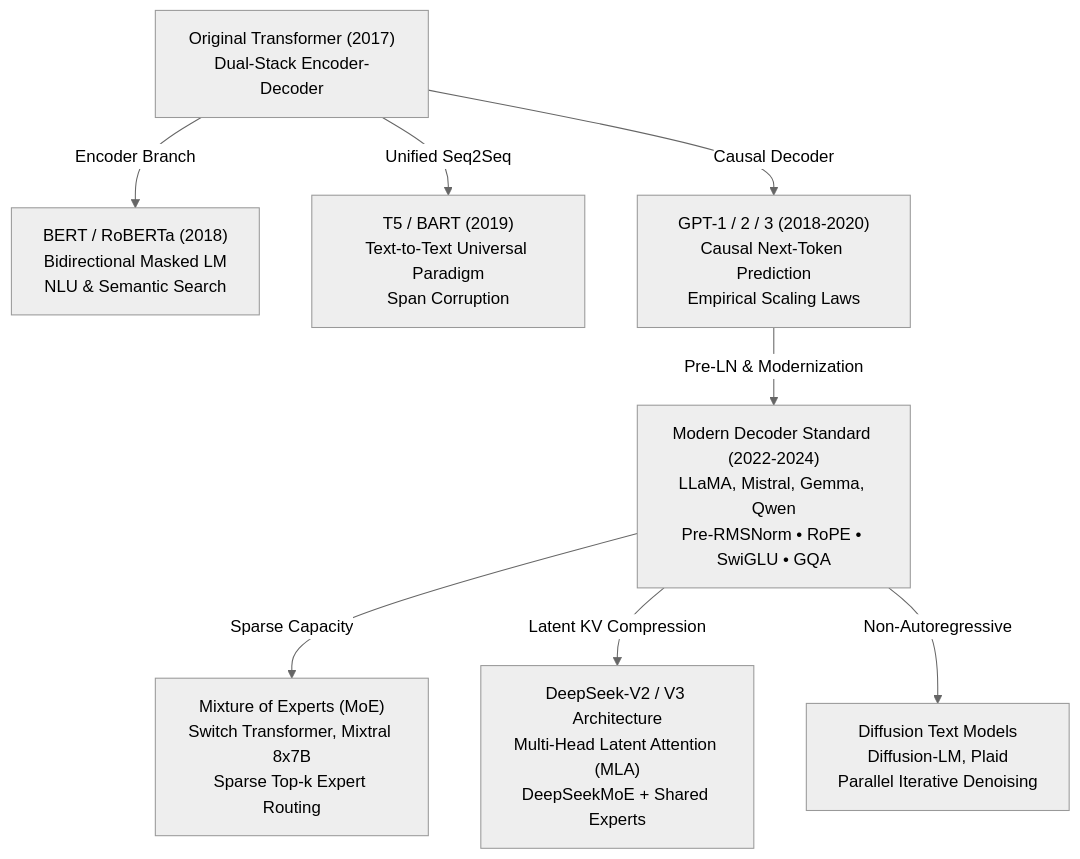
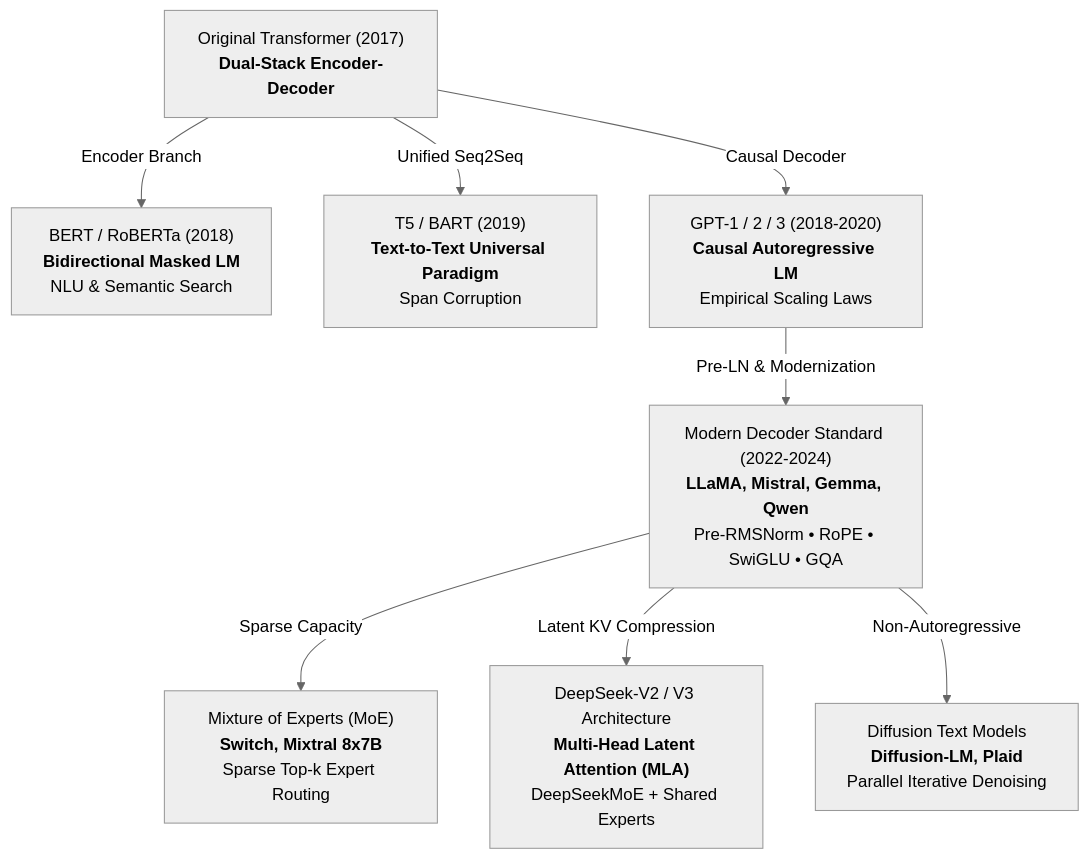
One commit to shotsan/llmnerd changed the first of 2 diagrams in content/foundations/model_architecture.md. Above: the diagram before and after it, drawn with Mermaid (neutral theme). The commit also changed other lines of this file and 7 other files, not shown here.

Commit message:
style(mermaid): upgrade diagram aesthetics with modern card wrapper, themeVariables, and refined typography

````diff
--- a/content/foundations/model_architecture.md
+++ b/content/foundations/model_architecture.md
@@ -18,14 +18,14 @@
 ```mermaid
 flowchart TD
-    Trans["Original Transformer (2017)<br>Dual-Stack Encoder-Decoder"]
+    Trans["Original Transformer (2017)<br/><b>Dual-Stack Encoder-Decoder</b>"]
     
-    Trans -->|"Encoder Branch"| BERT["BERT / RoBERTa (2018)<br>Bidirectional Masked LM<br>NLU & Semantic Search"]
-    Trans -->|"Unified Seq2Seq"| T5["T5 / BART (2019)<br>Text-to-Text Universal Paradigm<br>Span Corruption"]
-    Trans -->|"Causal Decoder"| GPT["GPT-1 / 2 / 3 (2018-2020)<br>Causal Next-Token Prediction<br>Empirical Scaling Laws"]
+    Trans -->|"Encoder Branch"| BERT["BERT / RoBERTa (2018)<br/><b>Bidirectional Masked LM</b><br/>NLU & Semantic Search"]
+    Trans -->|"Unified Seq2Seq"| T5["T5 / BART (2019)<br/><b>Text-to-Text Universal Paradigm</b><br/>Span Corruption"]
+    Trans -->|"Causal Decoder"| GPT["GPT-1 / 2 / 3 (2018-2020)<br/><b>Causal Autoregressive LM</b><br/>Empirical Scaling Laws"]
 
-    GPT -->|"Pre-LN & Modernization"| Modern["Modern Decoder Standard (2022-2024)<br>LLaMA, Mistral, Gemma, Qwen<br>Pre-RMSNorm • RoPE • SwiGLU • GQA"]
+    GPT -->|"Pre-LN & Modernization"| Modern["Modern Decoder Standard (2022-2024)<br/><b>LLaMA, Mistral, Gemma, Qwen</b><br/>Pre-RMSNorm • RoPE • SwiGLU • GQA"]
 
-    Modern -->|"Sparse Capacity"| MoE["Mixture of Experts (MoE)<br>Switch Transformer, Mixtral 8x7B<br>Sparse Top-k Expert Routing"]
-    Modern -->|"Latent KV Compression"| DeepSeek["DeepSeek-V2 / V3 Architecture<br>Multi-Head Latent Attention (MLA)<br>DeepSeekMoE + Shared Experts"]
-    Modern -->|"Non-Autoregressive"| Diffusion["Diffusion Text Models<br>Diffusion-LM, Plaid<br>Parallel Iterative Denoising"]
+    Modern -->|"Sparse Capacity"| MoE["Mixture of Experts (MoE)<br/><b>Switch, Mixtral 8x7B</b><br/>Sparse Top-k Expert Routing"]
+    Modern -->|"Latent KV Compression"| DeepSeek["DeepSeek-V2 / V3 Architecture<br/><b>Multi-Head Latent Attention (MLA)</b><br/>DeepSeekMoE + Shared Experts"]
+    Modern -->|"Non-Autoregressive"| Diffusion["Diffusion Text Models<br/><b>Diffusion-LM, Plaid</b><br/>Parallel Iterative Denoising"]
 ```
````
